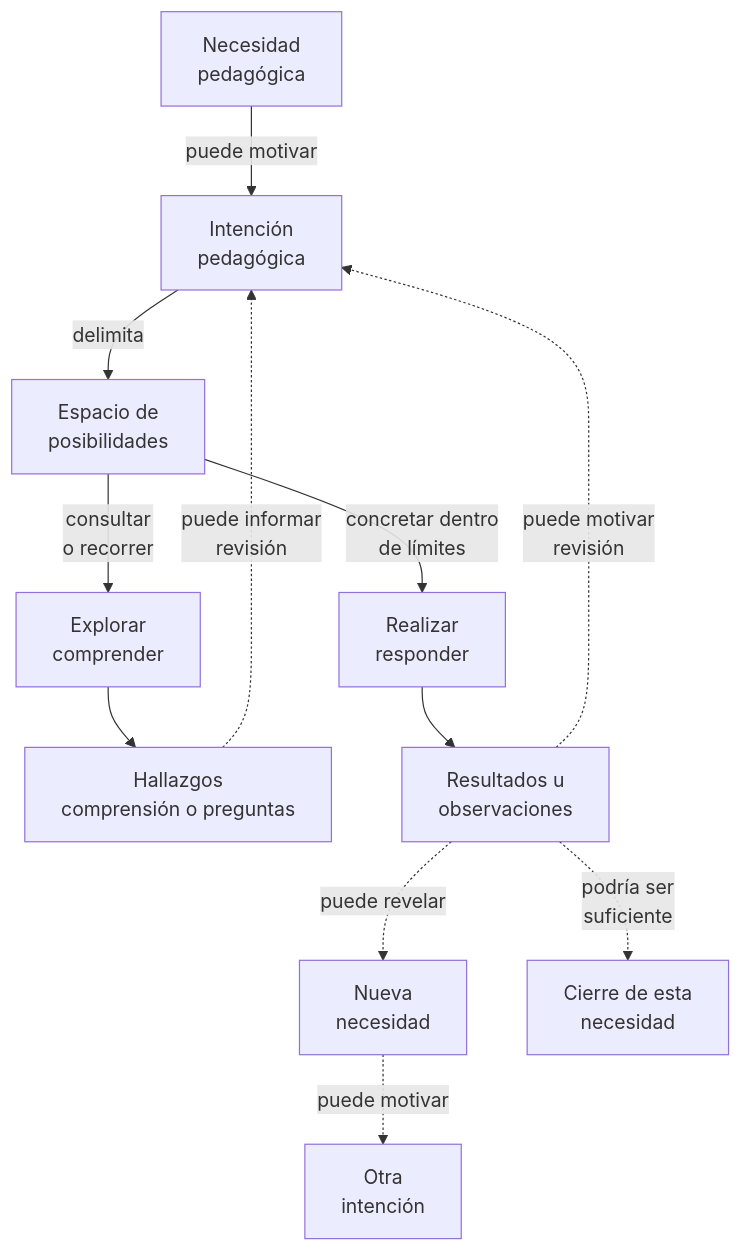
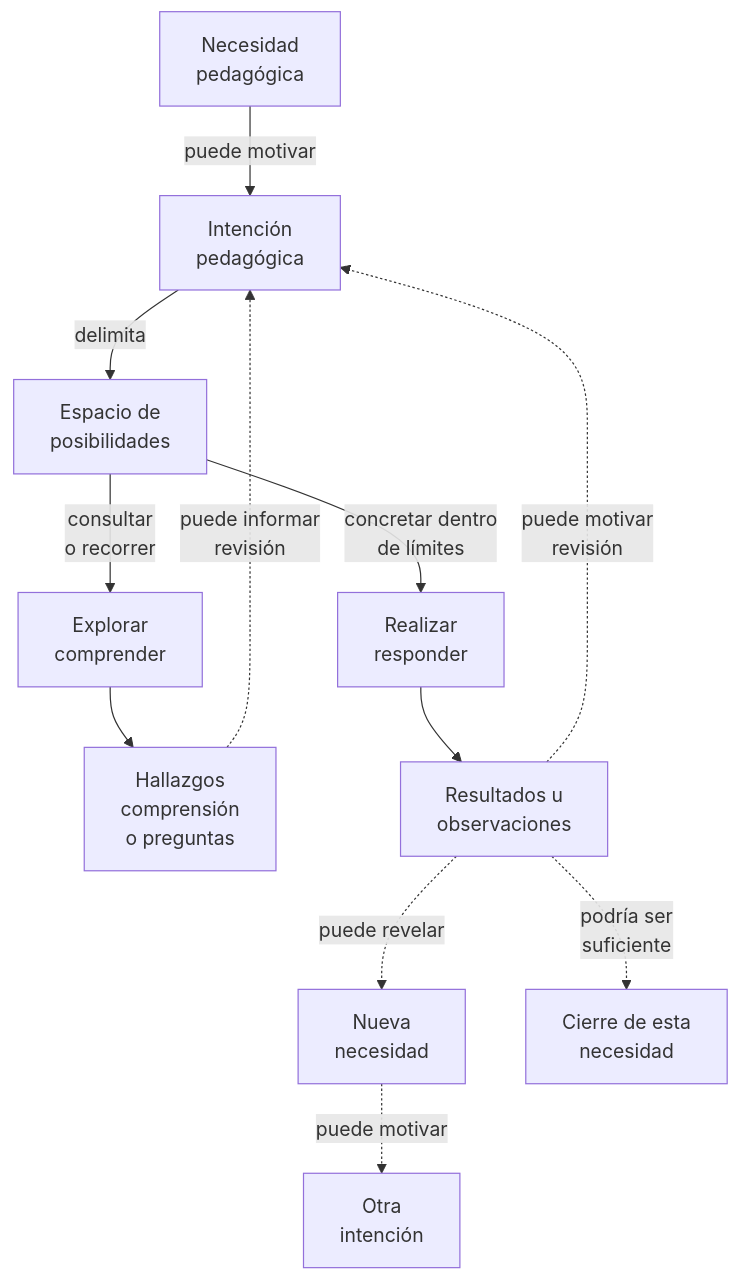
Before and after one commit to the-alive-lab/tdidacta: the diagram in lifecycle/recursive-pedagogical-resolution.md, drawn with Mermaid.

Commit message:
docs: wrap remaining lifecycle findings label

````diff
--- a/lifecycle/recursive-pedagogical-resolution.md
+++ b/lifecycle/recursive-pedagogical-resolution.md
@@ -19,14 +19,14 @@
 ```mermaid
 flowchart TB
     N["Necesidad<br/>pedagógica"] -->|puede motivar| I["Intención<br/>pedagógica"]
     I -->|delimita| S["Espacio de<br/>posibilidades"]
     S -->|"consultar<br/>o recorrer"| E["Explorar<br/>comprender"]
     S -->|"concretar dentro<br/>de límites"| R["Realizar<br/>responder"]
-    E --> H["Hallazgos<br/>comprensión o preguntas"]
+    E --> H["Hallazgos<br/>comprensión<br/>o preguntas"]
     R --> O["Resultados u<br/>observaciones"]
     H -.->|"puede informar<br/>revisión"| I
     O -.->|"puede motivar<br/>revisión"| I
     O -.->|puede revelar| NN["Nueva<br/>necesidad"]
     NN -.->|puede motivar| I2["Otra<br/>intención"]
     O -.->|"podría ser<br/>suficiente"| C["Cierre de esta<br/>necesidad"]
 ```
````
